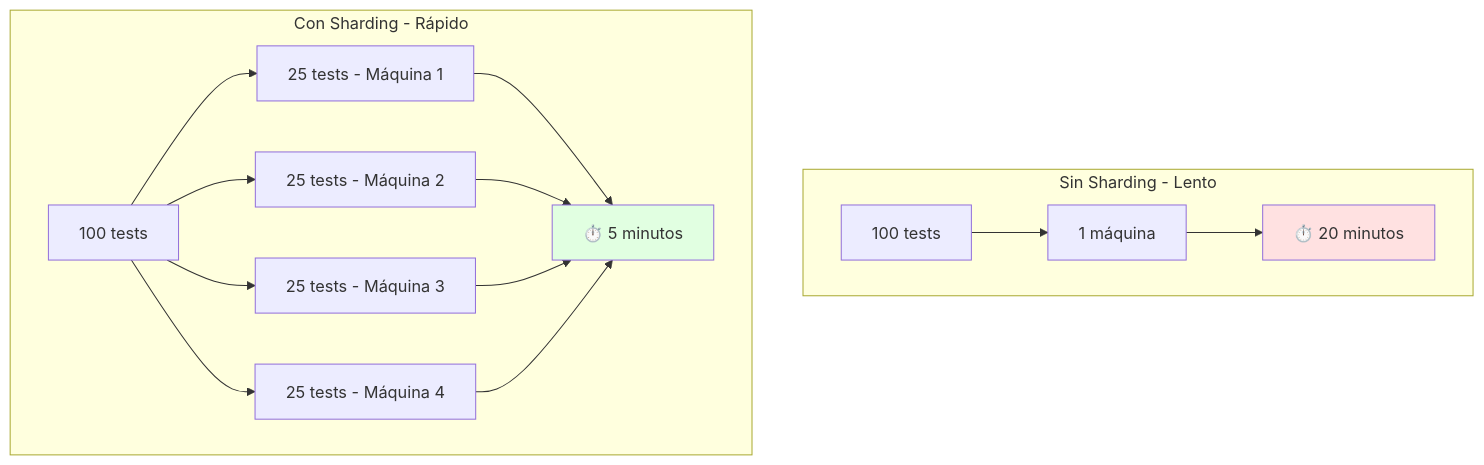
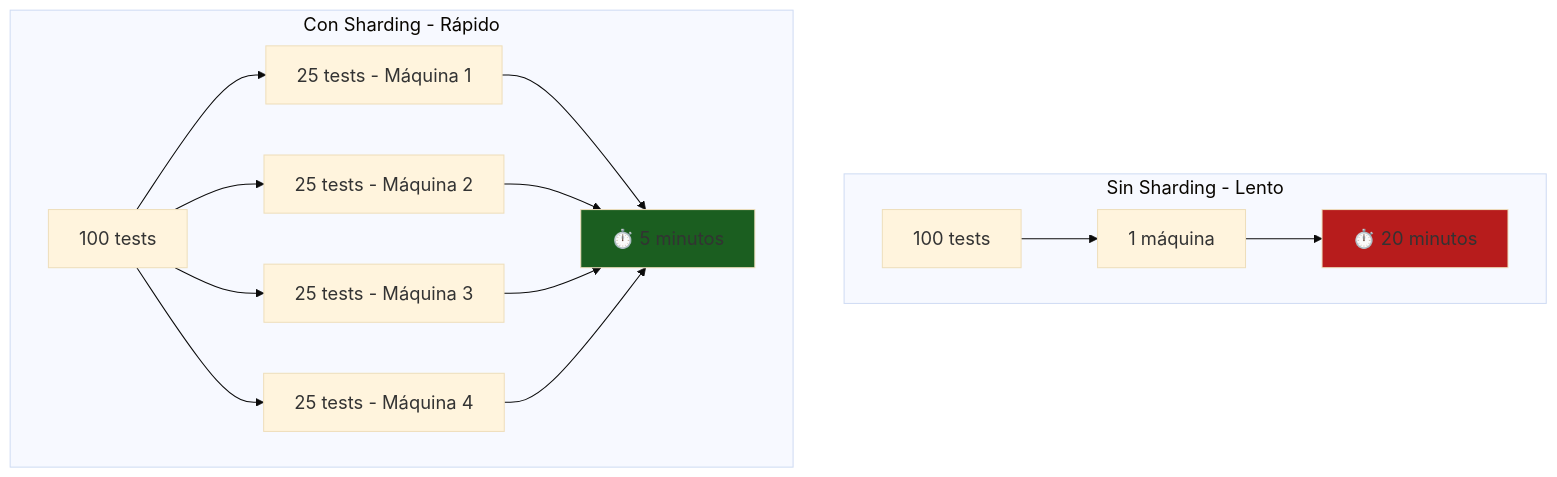
One commit to Ai-Whisperers/Courses-Content changed the ninth of 16 diagrams in courses/🟡-development/FPUNA-2026/01-DESARROLLO-SOFTWARE/especializaciones/qa-automation/04-integracion-ci-cd.md. Above: the diagram before and after it, drawn with Mermaid. The commit also changed other lines of this file and 47 other files, not shown here.

First line of the commit message:
fix: Make all 473 diagrams WCAG AAA accessible (FPUNA-2026)

````diff
--- a/courses/🟡-development/FPUNA-2026/01-DESARROLLO-SOFTWARE/especializaciones/qa-automation/04-integracion-ci-cd.md
+++ b/courses/🟡-development/FPUNA-2026/01-DESARROLLO-SOFTWARE/especializaciones/qa-automation/04-integracion-ci-cd.md
@@ -447,21 +455,22 @@
 ```mermaid
+%%{init: {'theme':'base', 'themeVariables': {'fontSize':'18px'}}}%%
 graph TD
     subgraph "Sin Sharding - Lento"
         A[100 tests] --> B[1 máquina]
         B --> C[⏱️ 20 minutos]
     end
     
     subgraph "Con Sharding - Rápido"
         D[100 tests] --> E[25 tests - Máquina 1]
         D --> F[25 tests - Máquina 2]
         D --> G[25 tests - Máquina 3]
         D --> H[25 tests - Máquina 4]
         E --> I[⏱️ 5 minutos]
         F --> I
         G --> I
         H --> I
     end
     
-    style C fill:#FFE1E1
-    style I fill:#E1FFE1
+    style C fill:#b71c1c
+    style I fill:#1b5e20
 ```
````
